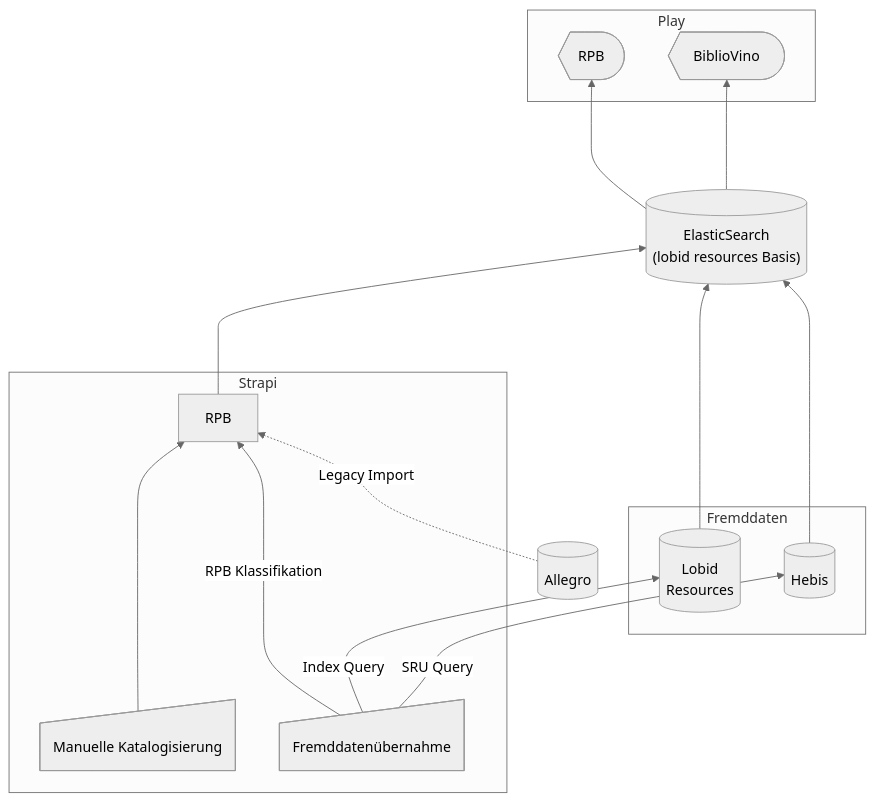
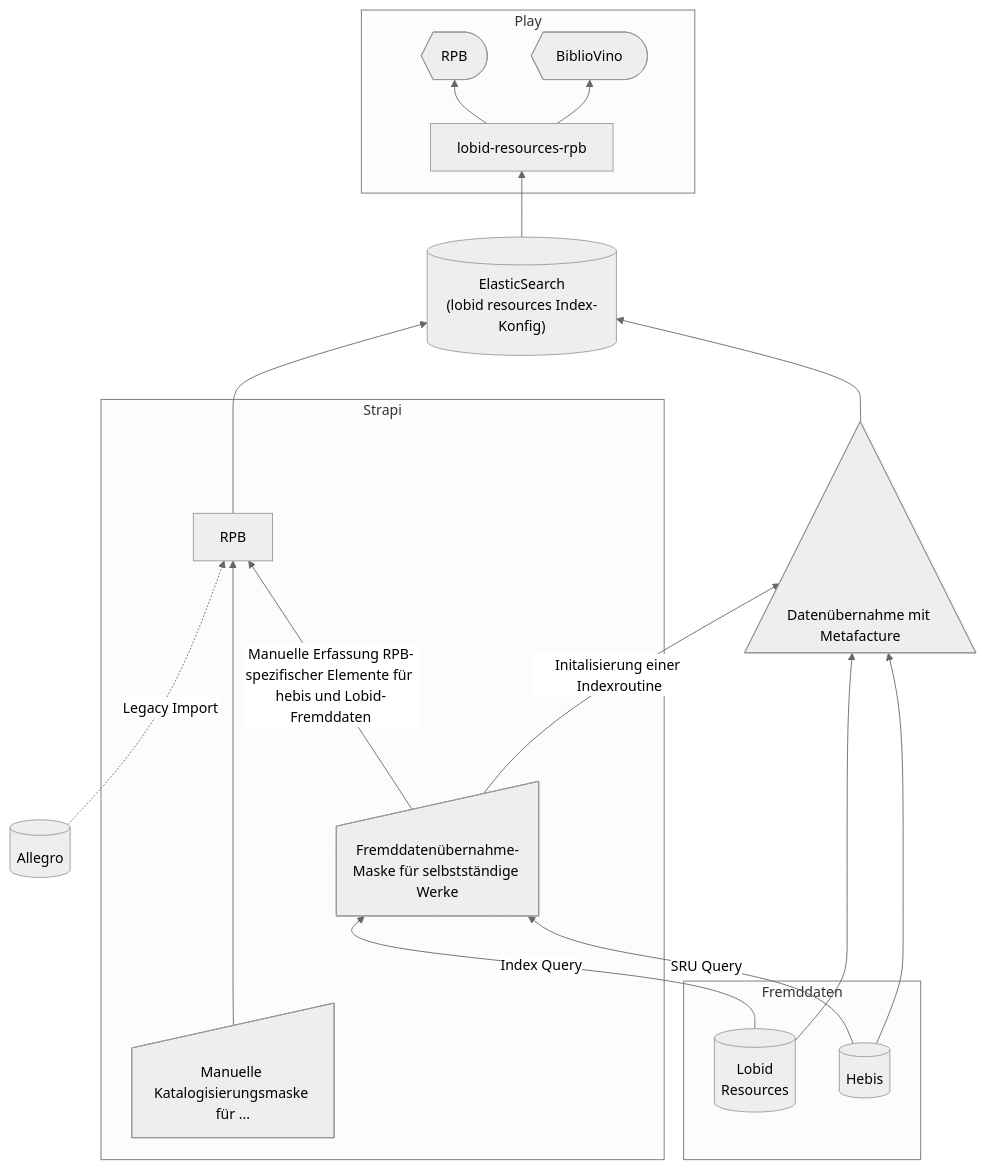
The diagram in architecture.md (hbz/rpb), drawn with Mermaid (neutral theme) before and after one commit.

````diff
--- a/architecture.md
+++ b/architecture.md
@@ -3,38 +3,43 @@
 ```mermaid
 flowchart BT
-n1["Allegro"] -.Legacy Import.-> n4
  subgraph s0["Fremddaten"]
         n2["Lobid<br>Resources"]
         n3["Hebis"]
   end
  subgraph s1["Strapi"]
         n4["RPB"]
-        n5["Manuelle Katalogisierung"]
-        n6["Fremddatenübernahme"]
+        n5["Manuelle Katalogisierungsmaske für ..."]
+        n6["Fremddatenübernahme-Maske für selbstständige Werke"]
   end
-n7["ElasticSearch<br>(lobid resources Basis)"]
+  n7["ElasticSearch<br>(lobid resources Index-Konfig)"]
  subgraph s3["Play"]
-        n8["RPB"]
+        n9["RPB"]
         n10["BiblioVino"]
+        n8["lobid-resources-rpb"]
   end
-
-    n2 ----> n7
-    n3 ----> n7
+    n1["Allegro"] -. Legacy Import .-> n4
+    n8 --> n9 & n10
     n4 --> n7
     n5 ---> n4
-    n6 --RPB Klassifikation--> n4
-    n6 -- Index Query--> n2
-    n6 --SRU Query--> n3
+    n6 -- "Manuelle Erfassung RPB-spezifischer Elemente für hebis und Lobid-Fremddaten" --> n4
+    n2 -- Index Query --> n6
+    n3 -- SRU Query --> n6
+    n6 --"Initalisierung einer Indexroutine"-->n11
+    n2 -->n11
+    n3 -->n11 
     n7 --> n8
-    n7 ---> n10
-
+    n11["Datenübernahme mit Metafacture"] -->n7
 
     n2@{ shape: db}
     n3@{ shape: db}
-    n7@{ shape: db}
-    n8@{ shape: display}
+    n5@{ shape: manual-input}
+    n6@{ shape: manual-input}
+    n9@{ shape: display}
     n10@{ shape: display}
     n1@{ shape: db}
-    n6@{ shape: manual-input}
-    n5@{ shape: manual-input}
+    n7@{ shape: db}
+    n11@{ shape: extract}
+
+
+
 ```
````
